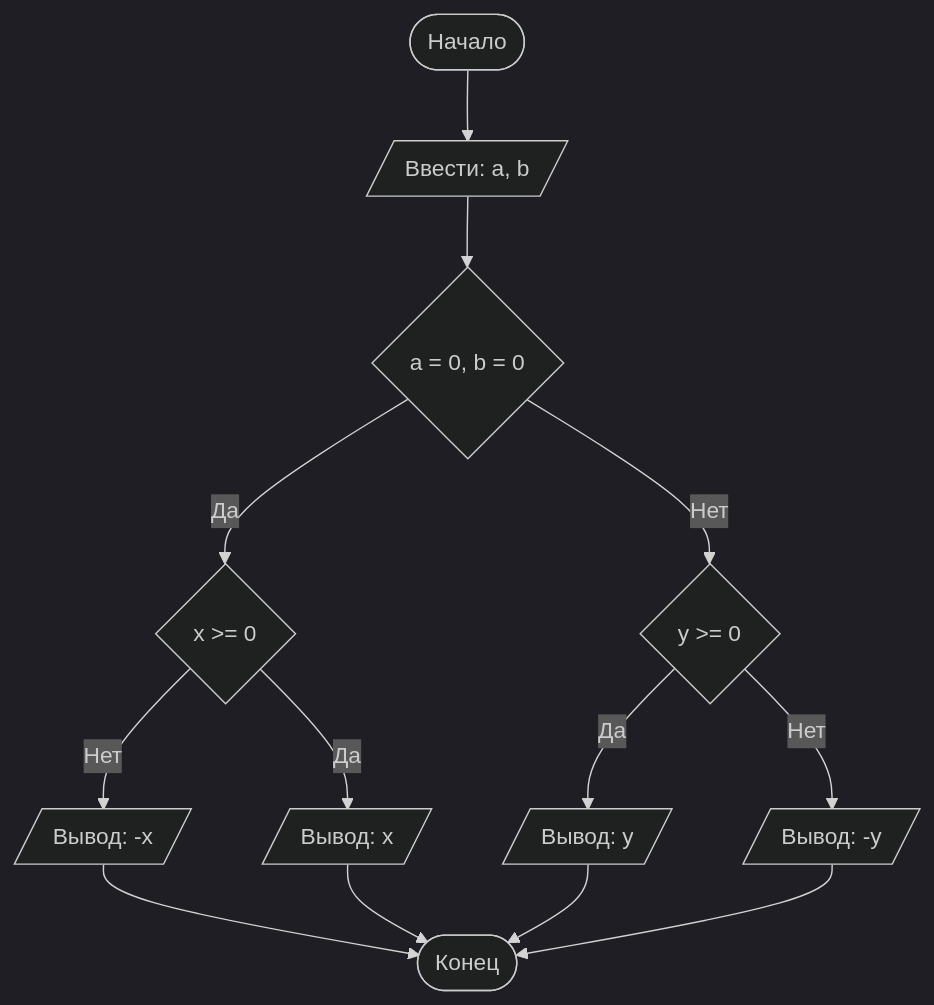
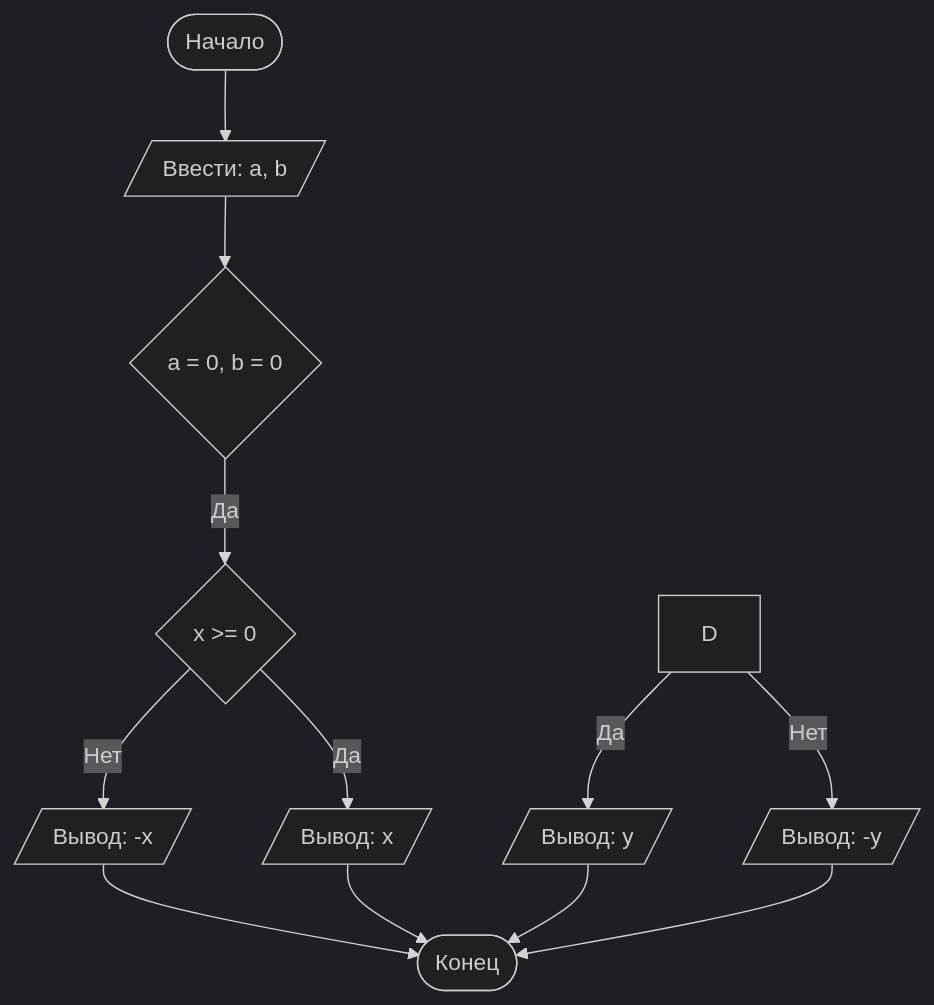
One commit to KkaizzzFR16/Lab1 changed the diagram in README.md. Above: the diagram before and after it, drawn with Mermaid (dark theme).

````diff
--- a/README.md
+++ b/README.md
@@ -91,16 +91,16 @@
 ```mermaid
 graph TD
     A([Начало]) --> B[/Ввести: a, b/]
     B --> C{a = 0, b = 0}
-    C -- Нет --> D{y >= 0}
+    
     D -- Нет --> E[/Вывод: -y/]
     D -- Да --> H[/Вывод: y/]
     C -- Да --> I{x >= 0}
     I -- Нет --> J[/Вывод: -x/]
     I -- Да --> K[/Вывод: x/]
     J --> Z
     K --> Z
     H --> Z
     E --> Z([Конец])
 
 ```
````
